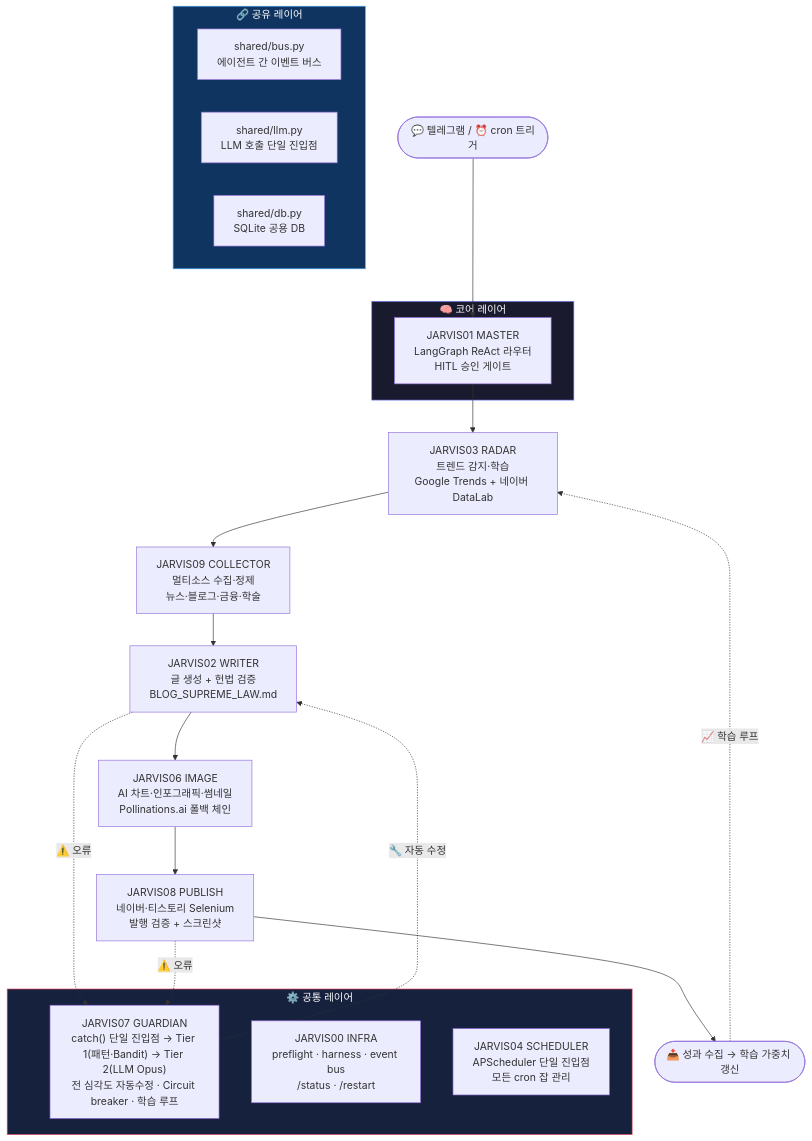
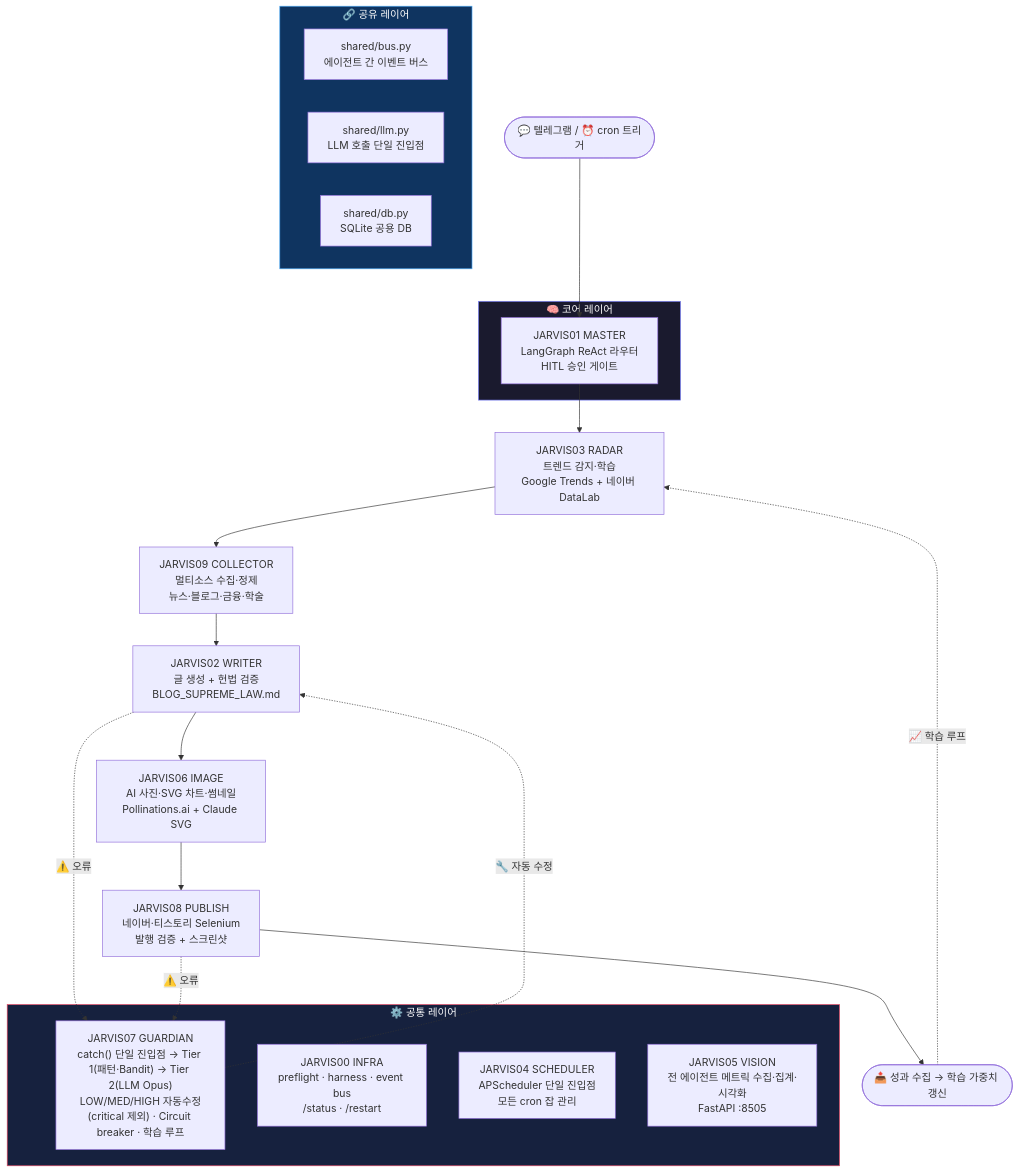
Before and after one commit to youandi3535/jarvis-agent: the first of 3 diagrams in README.md, drawn with Mermaid. The commit also changed other lines of this file and 1 other file, not shown here.

First line of the commit message:
hj : README·RESULTS 코드 대조 전수 검수 — 19 wrong + 5 outdated 정정, JARVIS05 누락 복원

````diff
--- a/README.md
+++ b/README.md
@@ -96,36 +96,37 @@
 ```mermaid
 flowchart TD
     A(["💬 텔레그램 / ⏰ cron 트리거"]) --> B
 
     subgraph CORE["🧠 코어 레이어"]
         B["JARVIS01 MASTER\nLangGraph ReAct 라우터\nHITL 승인 게이트"]
     end
 
     B --> C["JARVIS03 RADAR\n트렌드 감지·학습\nGoogle Trends + 네이버 DataLab"]
     C --> D["JARVIS09 COLLECTOR\n멀티소스 수집·정제\n뉴스·블로그·금융·학술"]
     D --> E["JARVIS02 WRITER\n글 생성 + 헌법 검증\nBLOG_SUPREME_LAW.md"]
-    E --> F["JARVIS06 IMAGE\nAI 차트·인포그래픽·썸네일\nPollinations.ai 폴백 체인"]
+    E --> F["JARVIS06 IMAGE\nAI 사진·SVG 차트·썸네일\nPollinations.ai + Claude SVG"]
     F --> G["JARVIS08 PUBLISH\n네이버·티스토리 Selenium\n발행 검증 + 스크린샷"]
     G --> H(["📤 성과 수집 → 학습 가중치 갱신"])
     H -. "📈 학습 루프" .-> C
 
     subgraph COMMON["⚙️ 공통 레이어"]
-        I["JARVIS07 GUARDIAN\ncatch() 단일 진입점 → Tier 1(패턴·Bandit) → Tier 2(LLM Opus)\n전 심각도 자동수정 · Circuit breaker · 학습 루프"]
+        I["JARVIS07 GUARDIAN\ncatch() 단일 진입점 → Tier 1(패턴·Bandit) → Tier 2(LLM Opus)\nLOW/MED/HIGH 자동수정(critical 제외) · Circuit breaker · 학습 루프"]
         J["JARVIS00 INFRA\npreflight · harness · event bus\n/status · /restart"]
         K["JARVIS04 SCHEDULER\nAPScheduler 단일 진입점\n모든 cron 잡 관리"]
+        O["JARVIS05 VISION\n전 에이전트 메트릭 수집·집계·시각화\nFastAPI :8505"]
     end
 
     E -. "⚠️ 오류" .-> I
     G -. "⚠️ 오류" .-> I
     I -. "🔧 자동 수정" .-> E
 
     subgraph SHARED["🔗 공유 레이어"]
         L["shared/bus.py\n에이전트 간 이벤트 버스"]
         M["shared/llm.py\nLLM 호출 단일 진입점"]
         N["shared/db.py\nSQLite 공용 DB"]
     end
 
     style CORE fill:#1a1a2e,stroke:#7c83fd,color:#fff
     style COMMON fill:#16213e,stroke:#e94560,color:#fff
     style SHARED fill:#0f3460,stroke:#4dabf7,color:#fff
 ```
````
